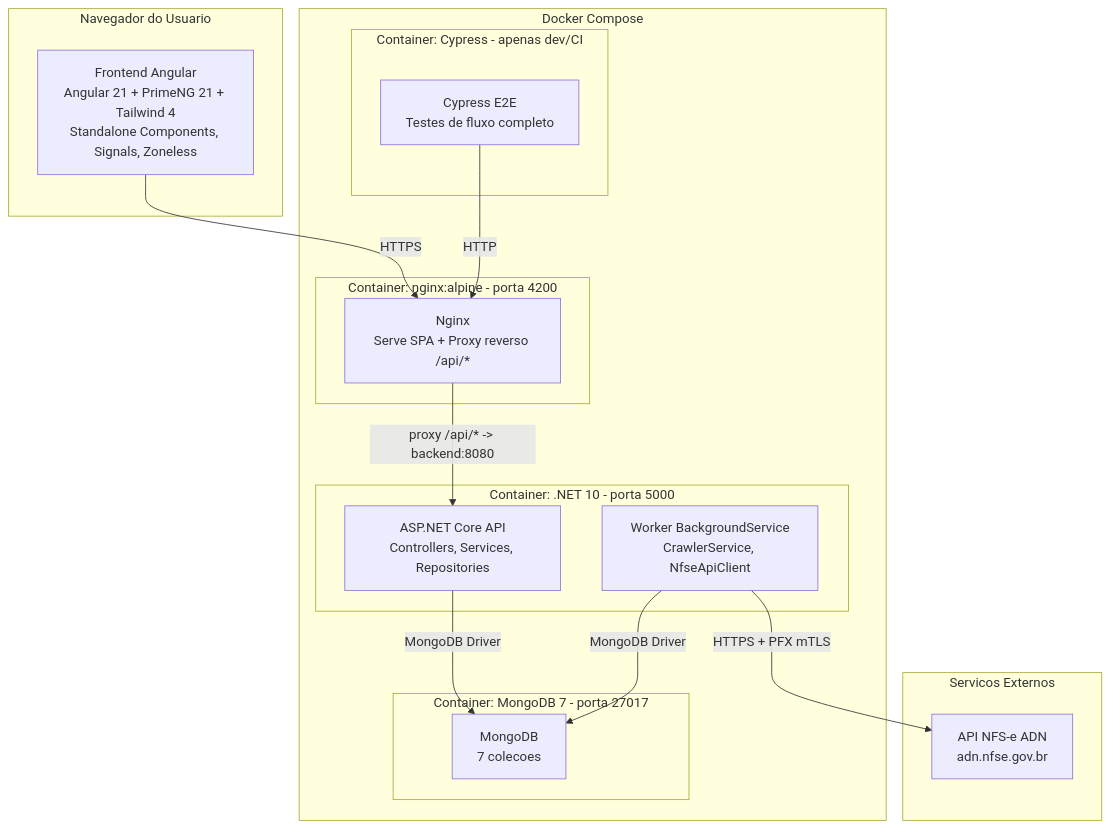
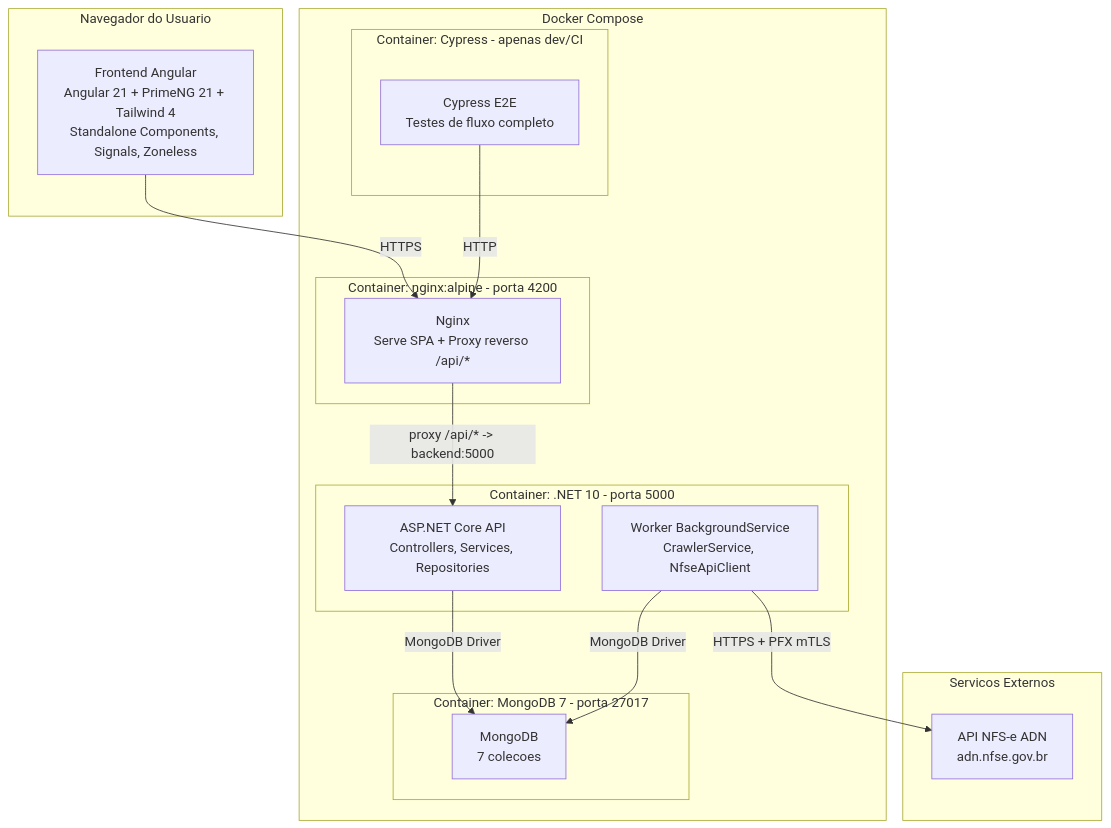
One commit to john182/poc-open-spec changed the second of 8 diagrams in docs/technical-doc.md. Above: the diagram before and after it, drawn with Mermaid. The commit also changed other lines of this file and 226 other files, not shown here.

````diff
--- a/docs/technical-doc.md
+++ b/docs/technical-doc.md
@@ -37,36 +37,36 @@
 ```mermaid
 graph TB
     subgraph "Navegador do Usuario"
         FE["Frontend Angular<br/>Angular 21 + PrimeNG 21 + Tailwind 4<br/>Standalone Components, Signals, Zoneless"]
     end
 
     subgraph "Docker Compose"
         subgraph "Container: nginx:alpine - porta 4200"
             NGINX["Nginx<br/>Serve SPA + Proxy reverso /api/*"]
         end
 
         subgraph "Container: .NET 10 - porta 5000"
             API["ASP.NET Core API<br/>Controllers, Services, Repositories"]
             WK["Worker BackgroundService<br/>CrawlerService, NfseApiClient"]
         end
 
         subgraph "Container: MongoDB 7 - porta 27017"
             DB["MongoDB<br/>7 colecoes"]
         end
 
         subgraph "Container: Cypress - apenas dev/CI"
             CY["Cypress E2E<br/>Testes de fluxo completo"]
         end
     end
 
     subgraph "Servicos Externos"
         NFSE["API NFS-e ADN<br/>adn.nfse.gov.br"]
     end
 
     FE -->|HTTPS| NGINX
-    NGINX -->|"proxy /api/* -> backend:8080"| API
+    NGINX -->|"proxy /api/* -> backend:5000"| API
     API -->|MongoDB Driver| DB
     WK -->|MongoDB Driver| DB
     WK -->|"HTTPS + PFX mTLS"| NFSE
     CY -->|HTTP| NGINX
 ```
````
